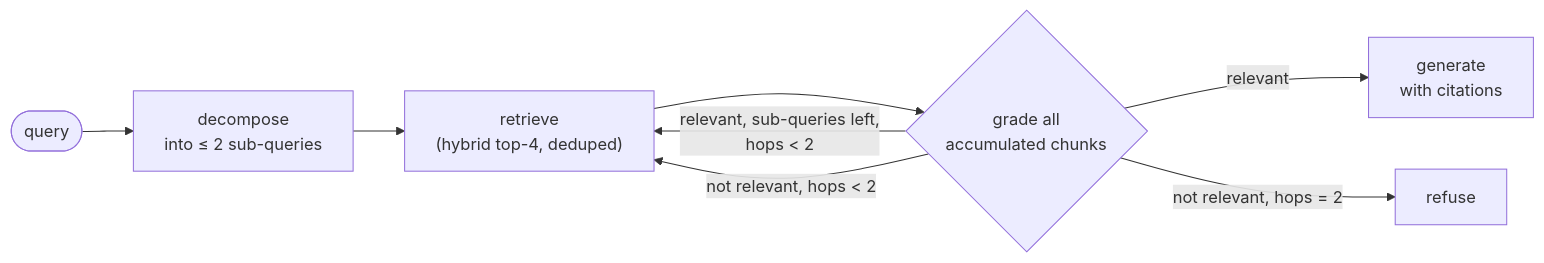
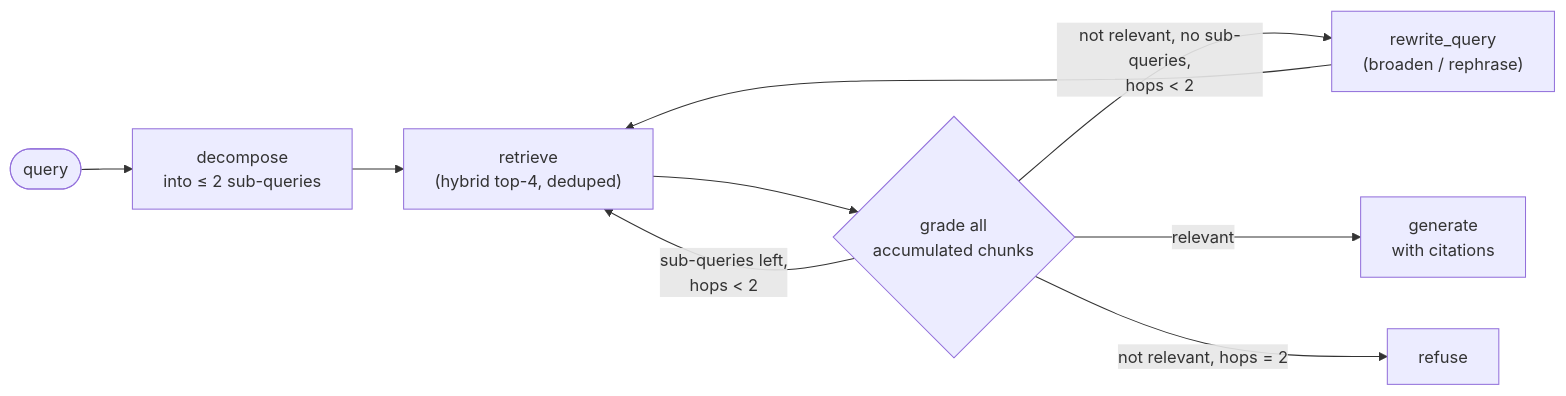
Before and after one commit to adityavsb/rag-eval-harness: the second of 2 diagrams in README.md, drawn with Mermaid. The commit also changed other lines of this file and 8 other files, not shown here.

````diff
--- a/README.md
+++ b/README.md
@@ -84,10 +84,11 @@
 ```mermaid
 flowchart LR
     S([query]) --> D["decompose<br/>into ≤ 2 sub-queries"]
     D --> R["retrieve<br/>(hybrid top-4, deduped)"]
     R --> G{"grade all<br/>accumulated chunks"}
-    G -->|"relevant, sub-queries left,<br/>hops < 2"| R
-    G -->|"not relevant, hops < 2"| R
+    G -->|"sub-queries left,<br/>hops < 2"| R
+    G -->|"not relevant, no sub-queries,<br/>hops < 2"| RW["rewrite_query<br/>(broaden / rephrase)"]
+    RW --> R
     G -->|"relevant"| GEN["generate<br/>with citations"]
     G -->|"not relevant, hops = 2"| REF["refuse"]
 ```
````
